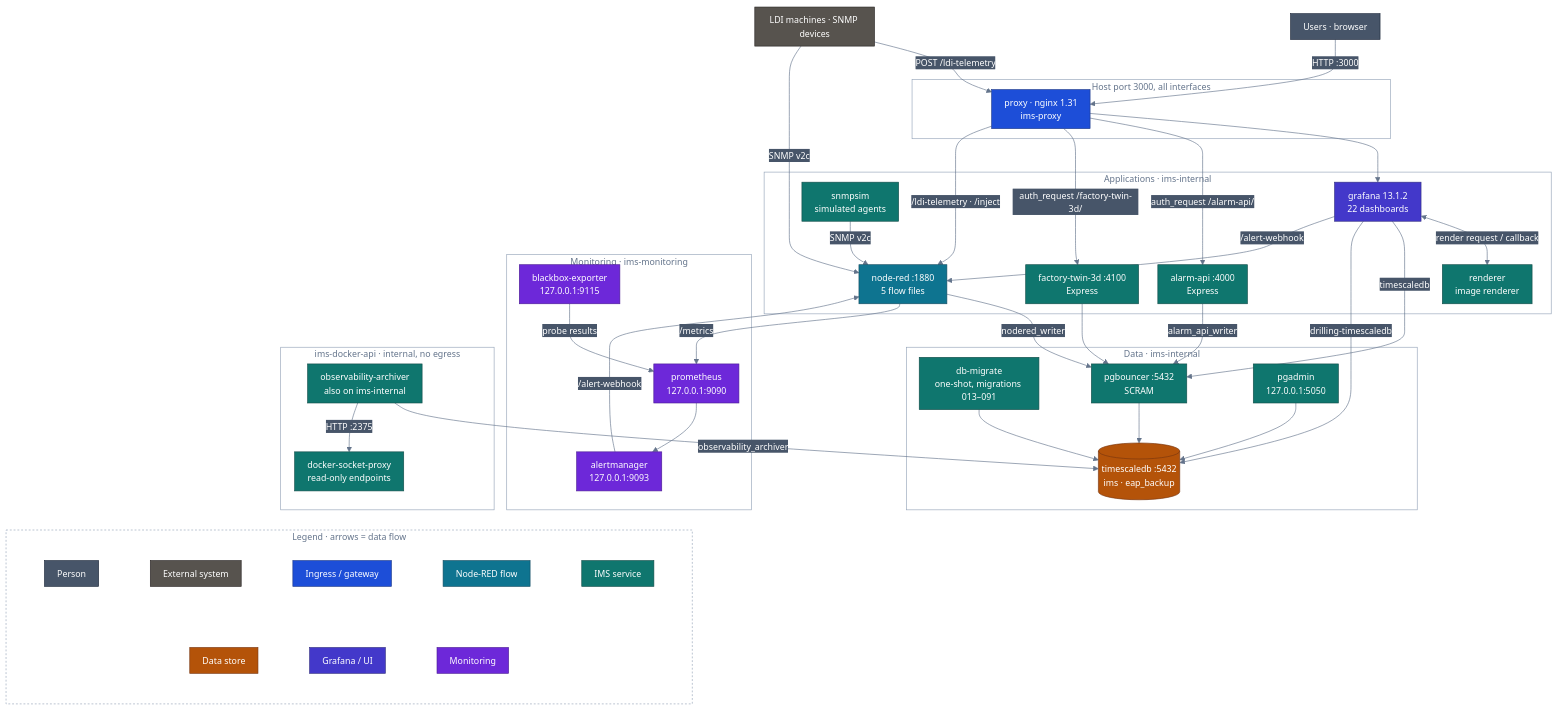
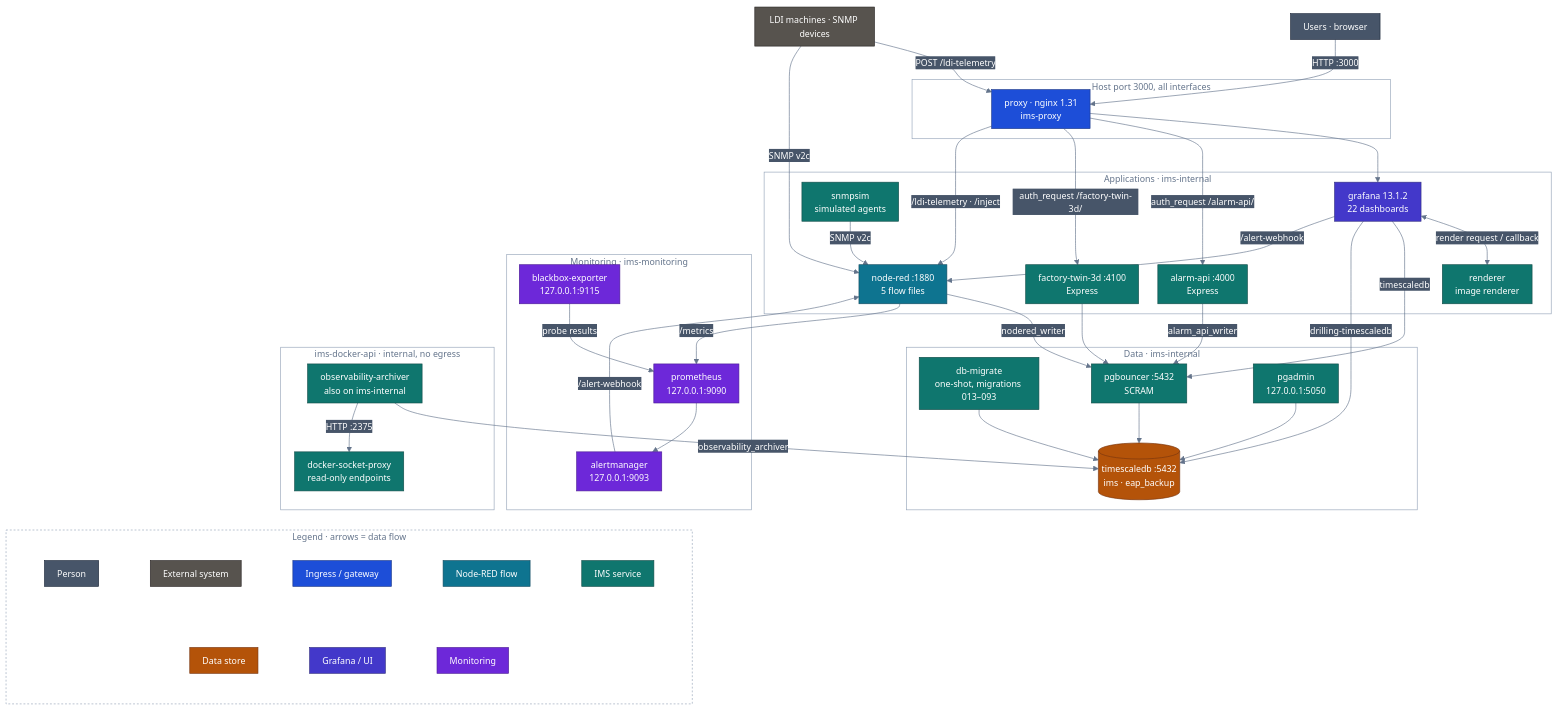
One commit to PATTANAKORN025/IMS changed the second of 8 diagrams in docs/architecture/ARCHITECTURE_DIAGRAM.md. Above: the diagram before and after it, drawn with Mermaid. The commit also changed 24 other files, not shown here.

```diff
--- a/docs/architecture/ARCHITECTURE_DIAGRAM.md
+++ b/docs/architecture/ARCHITECTURE_DIAGRAM.md
@@ -106,7 +106,7 @@
   end
 
   subgraph DATA["Data · ims-internal"]
-    MIG["db-migrate<br/>one-shot, migrations 013–091"]:::app
+    MIG["db-migrate<br/>one-shot, migrations 013–093"]:::app
     PGB["pgbouncer :5432<br/>SCRAM"]:::app
     TSDB[("timescaledb :5432<br/>ims · eap_backup")]:::store
     PGADMIN["pgadmin<br/>127.0.0.1:5050"]:::app
```
